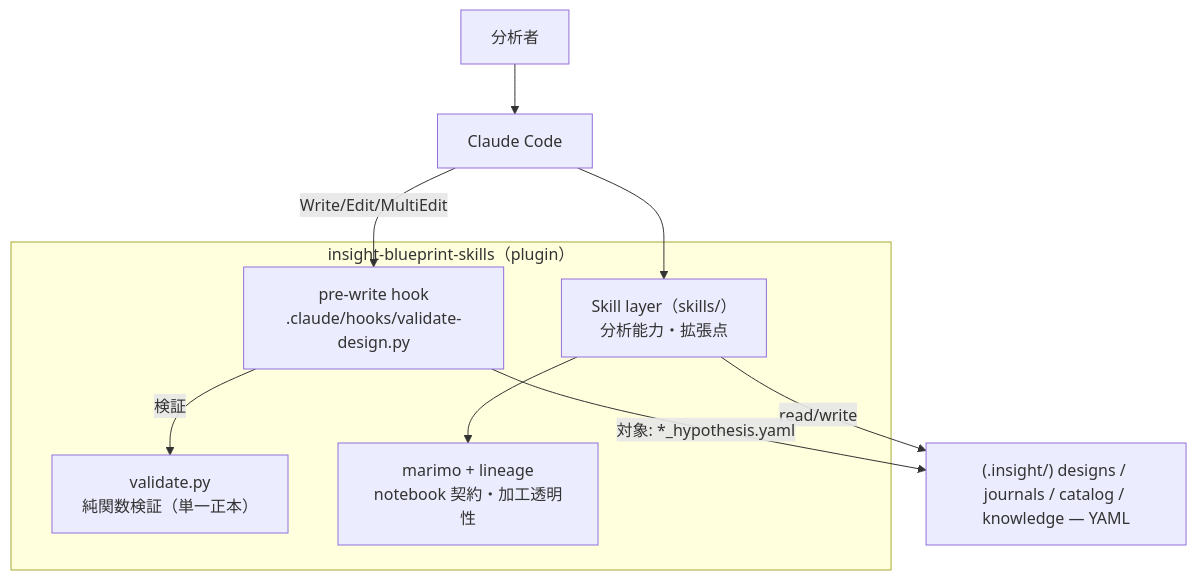
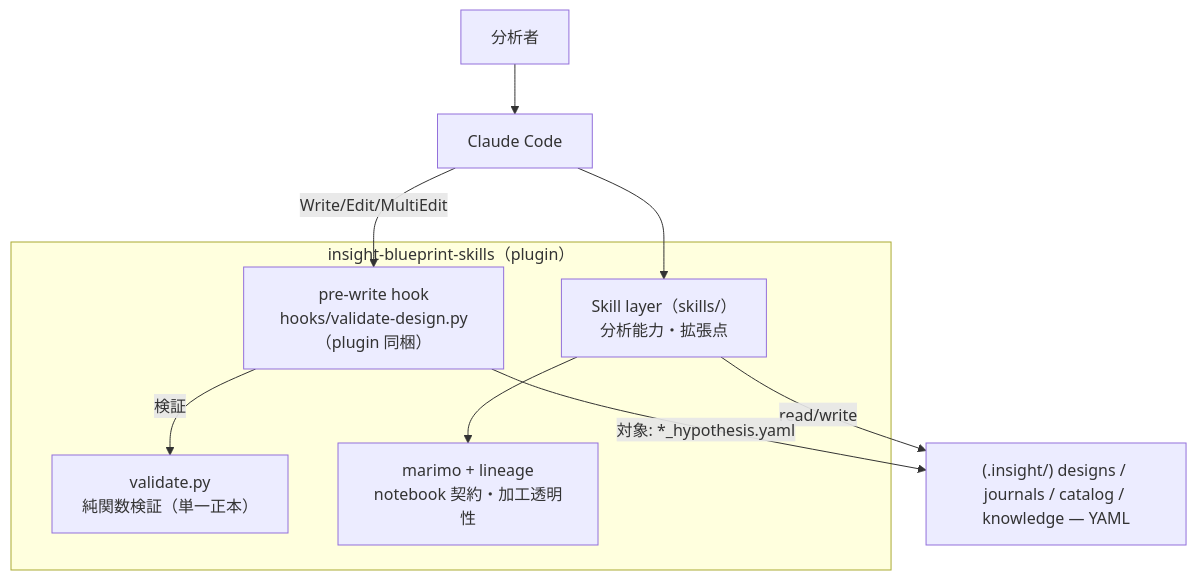
One commit to etoyama/insight-blueprint-skills changed the second of 5 diagrams in docs/ARCHITECTURE.md. Above: the diagram before and after it, drawn with Mermaid. The commit also changed other lines of this file and 27 other files, not shown here.

````diff
--- a/docs/ARCHITECTURE.md
+++ b/docs/ARCHITECTURE.md
@@ -41,19 +41,19 @@
 ```mermaid
 flowchart TD
     user["分析者"]
     cc["Claude Code"]
     subgraph plugin["insight-blueprint-skills（plugin）"]
         skills["Skill layer（skills/）<br/>分析能力・拡張点"]
         validate["validate.py<br/>純関数検証（単一正本）"]
-        hook["pre-write hook<br/>.claude/hooks/validate-design.py"]
+        hook["pre-write hook<br/>hooks/validate-design.py（plugin 同梱）"]
         marimo["marimo + lineage<br/>notebook 契約・加工透明性"]
     end
     yaml["(.insight/) designs / journals / catalog / knowledge — YAML"]
 
     user --> cc --> skills
     skills -->|read/write| yaml
     cc -->|Write/Edit/MultiEdit| hook
     hook -->|検証| validate
     hook -->|"対象: *_hypothesis.yaml"| yaml
     skills --> marimo
 ```
````
